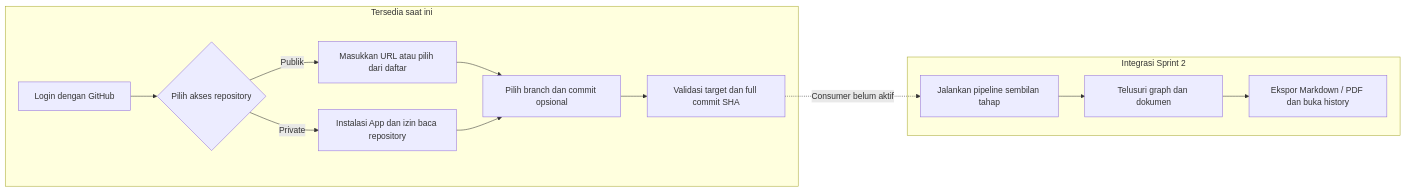
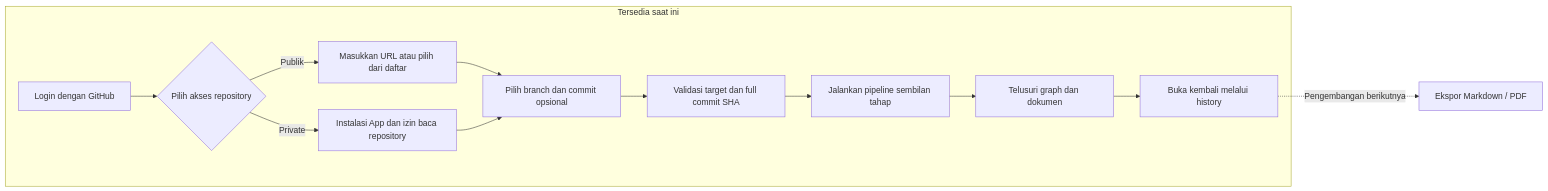
The diagram in README.md (AgilePemdigi-2026/sage), drawn with Mermaid before and after one commit. The commit also changed other lines of this file and 9 other files, not shown here.

````diff
--- a/README.md
+++ b/README.md
@@ -61,16 +61,15 @@
 ```mermaid
 flowchart LR
   subgraph current["Tersedia saat ini"]
     A["Login dengan GitHub"] --> B{"Pilih akses repository"}
     B -->|Publik| C["Masukkan URL atau pilih dari daftar"]
     B -->|Private| D["Instalasi App dan izin baca repository"]
     C --> E["Pilih branch dan commit opsional"]
     D --> E
     E --> F["Validasi target dan full commit SHA"]
+    F --> G["Jalankan pipeline sembilan tahap"]
+    G --> H["Telusuri graph dan dokumen"]
+    H --> I["Buka kembali melalui history"]
   end
-  subgraph planned["Integrasi Sprint 2"]
-    G["Jalankan pipeline sembilan tahap"] --> H["Telusuri graph dan dokumen"]
-    H --> I["Ekspor Markdown / PDF dan buka history"]
-  end
-  F -. "Consumer belum aktif" .-> G
+  I -. "Pengembangan berikutnya" .-> J["Ekspor Markdown / PDF"]
 ```
````
